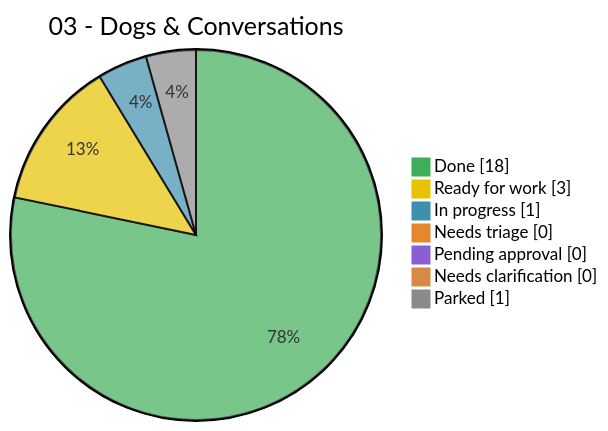
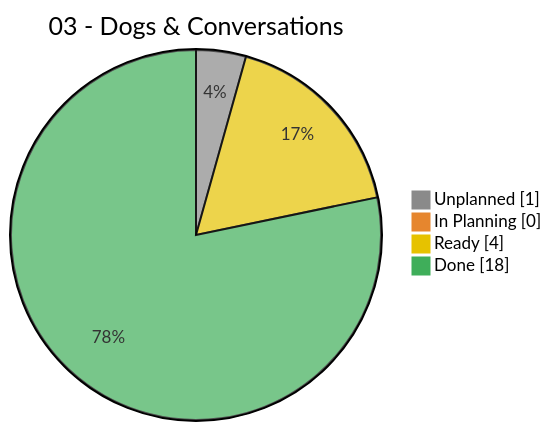
Before and after one commit to derekwinters/lucas-doggiehood: the first of 2 diagrams in .claude/skills/pipeline-dashboard/tests/expected_dashboard.md, drawn with Mermaid. The commit also changed 5 other files, not shown here.

First line of the commit message:
feat(dashboard): collapse focus pie to 4 slices (Unplanned/In Planning/Ready/Done)

````diff
--- a/.claude/skills/pipeline-dashboard/tests/expected_dashboard.md
+++ b/.claude/skills/pipeline-dashboard/tests/expected_dashboard.md
@@ -11,11 +11,8 @@
 ```mermaid
-%%{init: {"themeVariables": {"pie1": "#3fae5a", "pie2": "#e6c200", "pie3": "#3f8fae", "pie4": "#e6862e", "pie5": "#8a5fd6", "pie6": "#d68a45", "pie7": "#8a8a8a"}}}%%
+%%{init: {"themeVariables": {"pie1": "#8a8a8a", "pie2": "#e6862e", "pie3": "#e6c200", "pie4": "#3fae5a"}}}%%
 pie showData title 03 - Dogs & Conversations
+    "Unplanned" : 1
+    "In Planning" : 0
+    "Ready" : 4
     "Done" : 18
-    "Ready for work" : 3
-    "In progress" : 1
-    "Needs triage" : 0
-    "Pending approval" : 0
-    "Needs clarification" : 0
-    "Parked" : 1
 ```
````
